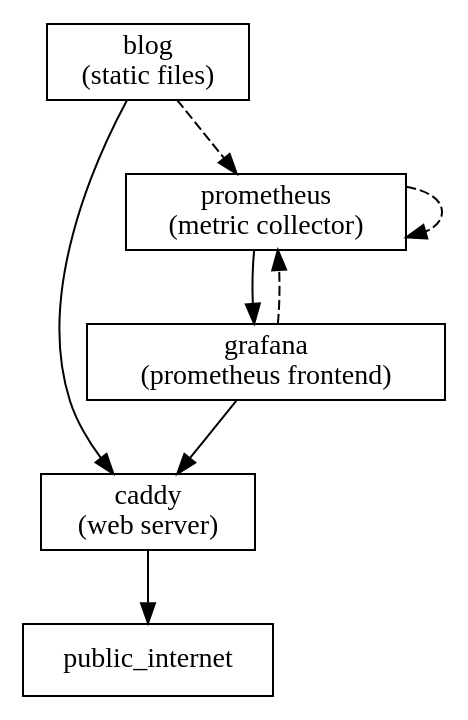
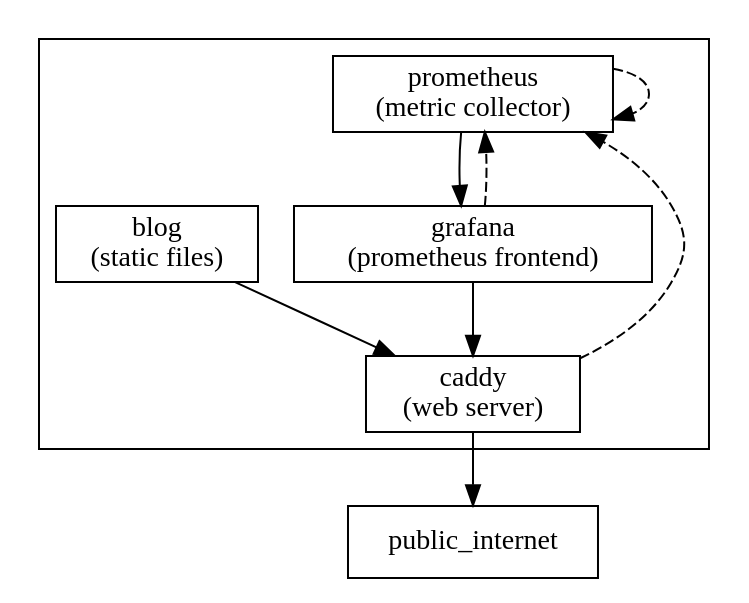
One commit to wmedrano/wmedrano.dev changed the diagram in src/hosts/oddtaxi.org. Above: the diagram before and after it, drawn with Graphviz. The commit also changed other lines of this file, not shown here.

Commit message:
Prettify diagram.

```diff
--- a/src/hosts/oddtaxi.org
+++ b/src/hosts/oddtaxi.org
@@ -15,15 +20,16 @@
 #+BEGIN_SRC dot :file oddtaxi.png
-  digraph oddtaxi {
+digraph oddtaxi {
   node[shape=record];
+  subgraph cluster_1 {
+    prometheus[label="prometheus\n(metric collector)"];
+    grafana[label="grafana\n(prometheus frontend)"];
+    caddy[label="caddy\n(web server)"];
+    blog[label="blog\n(static files)"];
+  }
   blog -> caddy -> public_internet;
   prometheus -> grafana -> caddy;
-  blog -> prometheus[style=dashed];
   grafana -> prometheus[style=dashed];
   prometheus -> prometheus[style=dashed];
-
-  blog[label="blog\n(static files)"];
-  prometheus[label="prometheus\n(metric collector)"];
-  grafana[label="grafana\n(prometheus frontend)"];
-  caddy[label="caddy\n(web server)"];
-  }
+  caddy -> prometheus[style=dashed];
+}
 #+END_SRC
```
